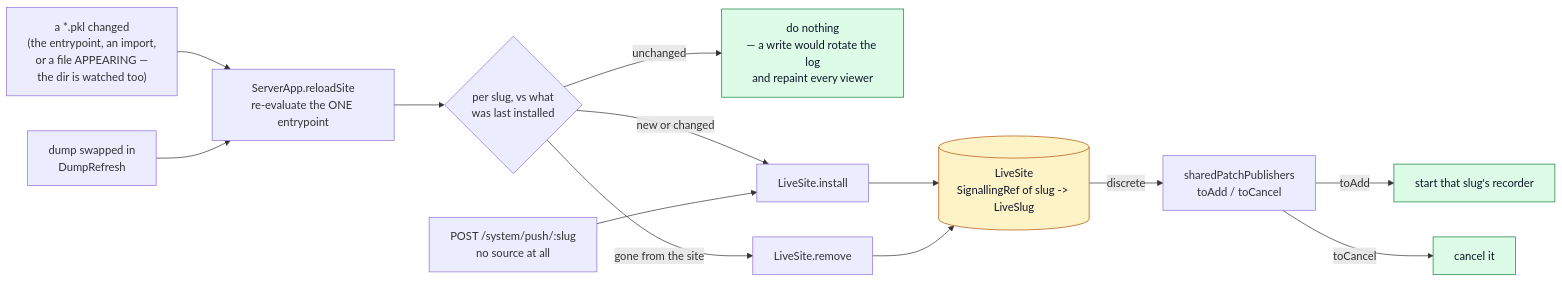
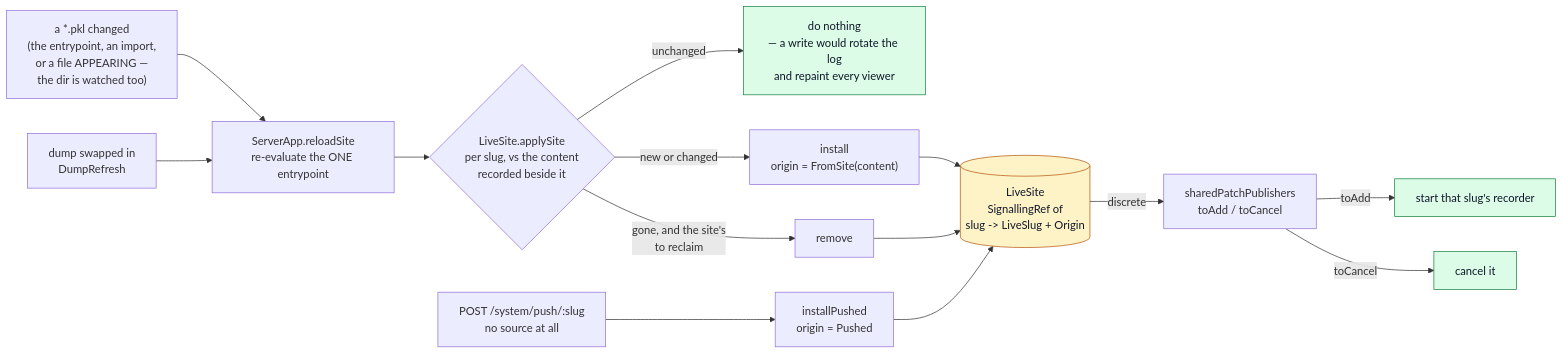
Before and after one commit to perok/functional-home-assistant: the second of 4 diagrams in docs/architecture-rendering-pipeline.md, drawn with Mermaid. The commit also changed other lines of this file and 7 other files, not shown here.

````diff
--- a/docs/architecture-rendering-pipeline.md
+++ b/docs/architecture-rendering-pipeline.md
@@ -142,20 +143,21 @@
 ```mermaid
 flowchart LR
   EDIT["a *.pkl changed<br/>(the entrypoint, an import,<br/>or a file APPEARING —<br/>the dir is watched too)"] --> RE
   DUMP["dump swapped in<br/>DumpRefresh"] --> RE
-  RE["ServerApp.reloadSite<br/>re-evaluate the ONE entrypoint"] --> DIFF{"per slug, vs what<br/>was last installed"}
+  RE["ServerApp.reloadSite<br/>re-evaluate the ONE entrypoint"] --> DIFF{"LiveSite.applySite<br/>per slug, vs the content<br/>recorded beside it"}
   DIFF -->|unchanged| NOOP["do nothing<br/>— a write would rotate the log<br/>and repaint every viewer"]
-  DIFF -->|new or changed| INS["LiveSite.install"]
-  DIFF -->|gone from the site| RM["LiveSite.remove"]
-  PUSH["POST /system/push/:slug<br/>no source at all"] --> INS
-  INS --> REG[("LiveSite<br/>SignallingRef of slug -> LiveSlug")]
+  DIFF -->|new or changed| INS["install<br/>origin = FromSite(content)"]
+  DIFF -->|"gone, and the site's<br/>to reclaim"| RM["remove"]
+  INS --> REG[("LiveSite<br/>SignallingRef of<br/>slug -> LiveSlug + Origin")]
   RM --> REG
+  PUSH["POST /system/push/:slug<br/>no source at all"] --> PSH["installPushed<br/>origin = Pushed"]
+  PSH --> REG
   REG -->|discrete| RECON["sharedPatchPublishers<br/>toAdd / toCancel"]
   RECON -->|toAdd| START["start that slug's recorder"]
   RECON -->|toCancel| STOP["cancel it"]
 
   classDef ok fill:#dcfce7,stroke:#15803d,color:#0f172a
   classDef store fill:#fef3c7,stroke:#b45309,color:#0f172a
   class NOOP,START,STOP ok
   class REG store
 ```
````
